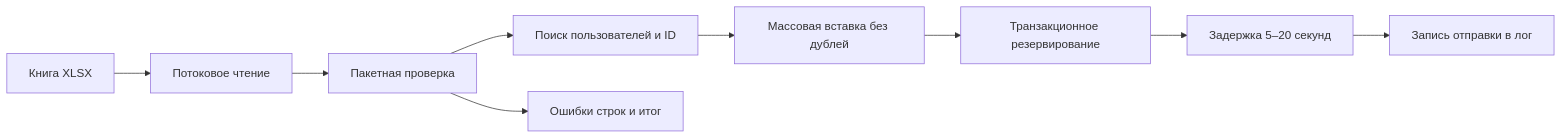
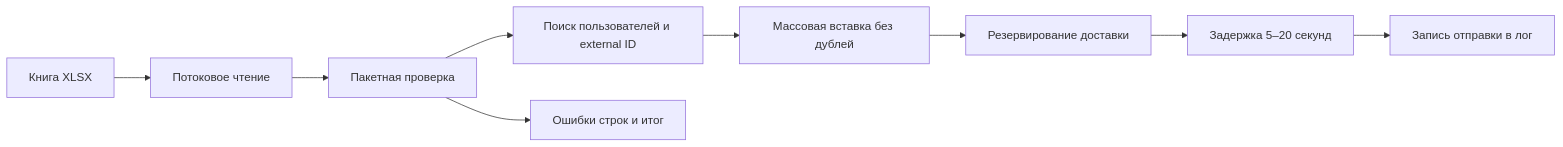
The diagram in README.ru.md (IgorNadein/django-xlsx-mail-import), drawn with Mermaid before and after one commit. The commit also changed other lines of this file and 2 other files, not shown here.

````diff
--- a/README.ru.md
+++ b/README.ru.md
@@ -34,11 +48,11 @@
 ```mermaid
 flowchart LR
     XLSX[Книга XLSX] --> STREAM[Потоковое чтение]
     STREAM --> VALIDATE[Пакетная проверка]
-    VALIDATE --> LOOKUPS[Поиск пользователей и ID]
+    VALIDATE --> LOOKUPS[Поиск пользователей и external ID]
     LOOKUPS --> INSERT[Массовая вставка без дублей]
-    INSERT --> CLAIM[Транзакционное резервирование]
+    INSERT --> CLAIM[Резервирование доставки]
     CLAIM --> DELAY[Задержка 5–20 секунд]
     DELAY --> LOG[Запись отправки в лог]
     VALIDATE --> REPORT[Ошибки строк и итог]
 ```
````
